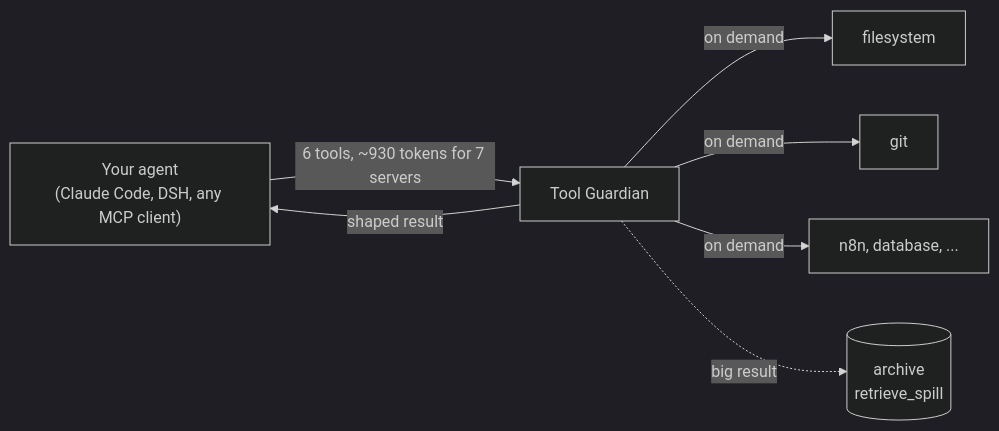
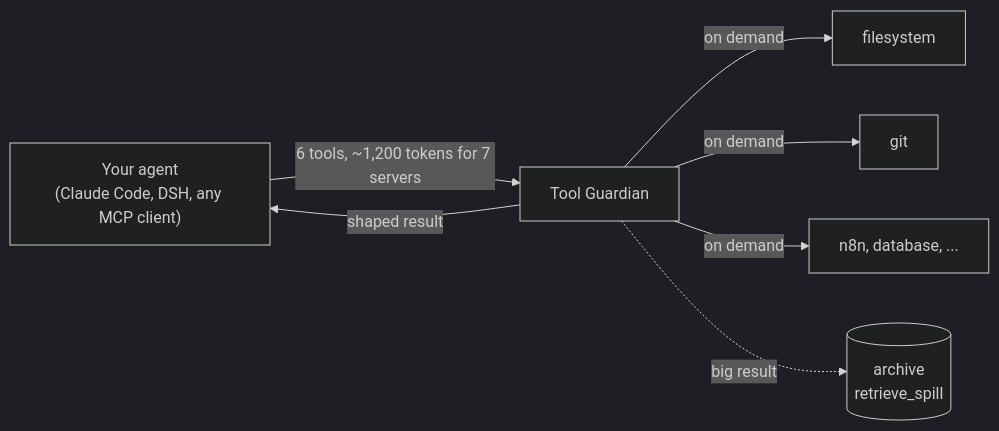
The diagram in README.md (LuminariSoftwares/tool-guardian), drawn with Mermaid (dark theme) before and after one commit. The commit also changed other lines of this file and 3 other files, not shown here.

First line of the commit message:
Improve MCP tool descriptions and README for Glama scoring

````diff
--- a/README.md
+++ b/README.md
@@ -154,9 +154,9 @@
 ```mermaid
 flowchart LR
-    A["Your agent<br/>(Claude Code, DSH, any MCP client)"] -->|"6 tools, ~930 tokens for 7 servers"| B["Tool Guardian"]
+    A["Your agent<br/>(Claude Code, DSH, any MCP client)"] -->|"6 tools, ~1,200 tokens for 7 servers"| B["Tool Guardian"]
     B -->|"on demand"| C["filesystem"]
     B -->|"on demand"| D["git"]
     B -->|"on demand"| E["n8n, database, ..."]
     B -. "big result" .-> F[("archive<br/>retrieve_spill")]
     B -->|"shaped result"| A
 ```
````
